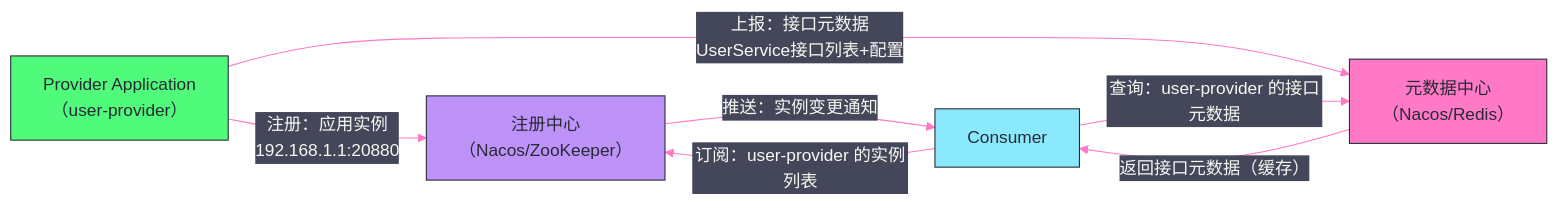
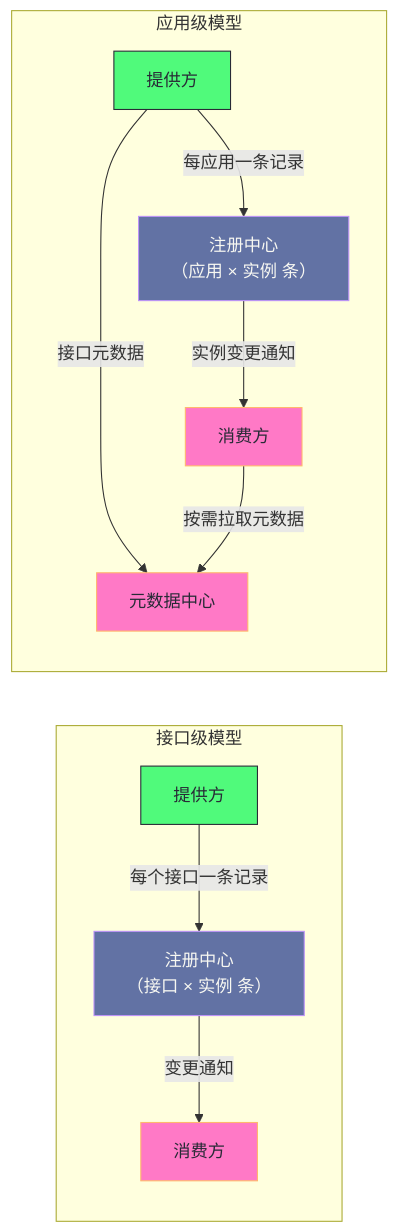
Before and after one commit to hpliStartAgain/my-brain: the diagram in content/中间件/Dubbo/04 注册中心——ZooKeeper、Nacos 与服务发现模型.md, drawn with Mermaid. The commit also changed other lines of this file and 56 other files, not shown here.

````diff
--- a/content/中间件/Dubbo/04 注册中心——ZooKeeper、Nacos 与服务发现模型.md
+++ b/content/中间件/Dubbo/04 注册中心——ZooKeeper、Nacos 与服务发现模型.md
@@ -216,24 +388,21 @@
 ```mermaid
-%%{init: {'theme': 'base', 'themeVariables': {'primaryColor': '#6272a4', 'primaryTextColor': '#f8f8f2', 'primaryBorderColor': '#bd93f9', 'lineColor': '#ff79c6', 'secondaryColor': '#44475a', 'tertiaryColor': '#282a36', 'background': '#282a36', 'mainBkg': '#44475a'}}}%%
+%%{init: {'theme': 'dracula'}}%%
 graph LR
-    P["Provider Application</br>（user-provider）"]
-    RC["注册中心</br>（Nacos/ZooKeeper）"]
-    MC["元数据中心</br>（Nacos/Redis）"]
-    C["Consumer"]
+    subgraph IL["接口级模型"]
+        P1["提供方"] -- "每个接口一条记录" --> R1["注册中心<br/>（接口 × 实例 条）"]
+        R1 -- "变更通知" --> C1["消费方"]
+    end
+    subgraph AL["应用级模型"]
+        P2["提供方"] -- "每应用一条记录" --> R2["注册中心<br/>（应用 × 实例 条）"]
+        P2 -- "接口元数据" --> M2["元数据中心"]
+        R2 -- "实例变更通知" --> C2["消费方"]
+        C2 -- "按需拉取元数据" --> M2
+    end
 
-    P -->|"注册：应用实例</br>192.168.1.1:20880"| RC
-    P -->|"上报：接口元数据</br>UserService接口列表+配置"| MC
-    C -->|"订阅：user-provider 的实例列表"| RC
-    RC -->|"推送：实例变更通知"| C
-    C -->|"查询：user-provider 的接口元数据"| MC
-    MC -->|"返回接口元数据（缓存）"| C
-
-    classDef provider fill:#50fa7b,stroke:#282a36,color:#282a36
-    classDef registry fill:#bd93f9,stroke:#282a36,color:#282a36
-    classDef meta fill:#ff79c6,stroke:#282a36,color:#282a36
-    classDef consumer fill:#8be9fd,stroke:#282a36,color:#282a36
-    class P provider
-    class RC registry
-    class MC meta
-    class C consumer
+    classDef prov fill:#50fa7b,stroke:#282a36,color:#282a36
+    classDef reg fill:#6272a4,stroke:#bd93f9,color:#f8f8f2
+    classDef meta fill:#ff79c6,stroke:#ffb86c,color:#282a36
+    class P1,P2 prov
+    class R1,R2 reg
+    class M2,C1,C2 meta
 ```
````
